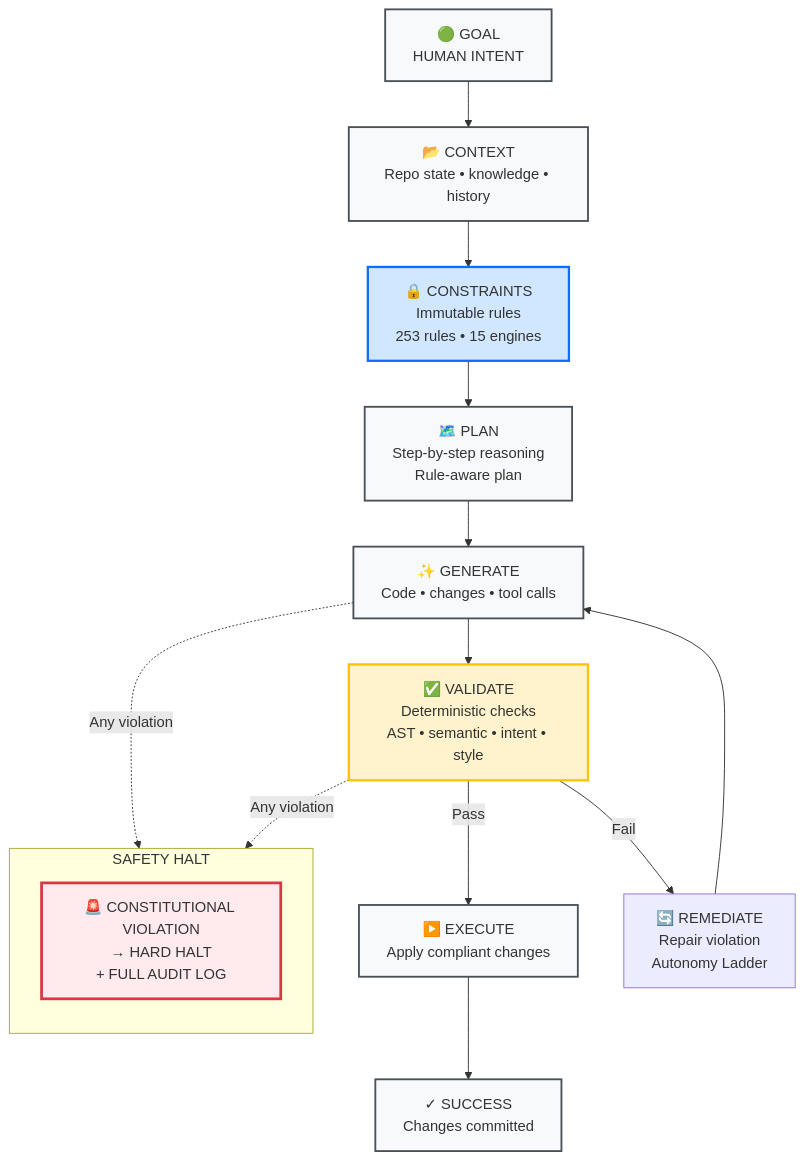
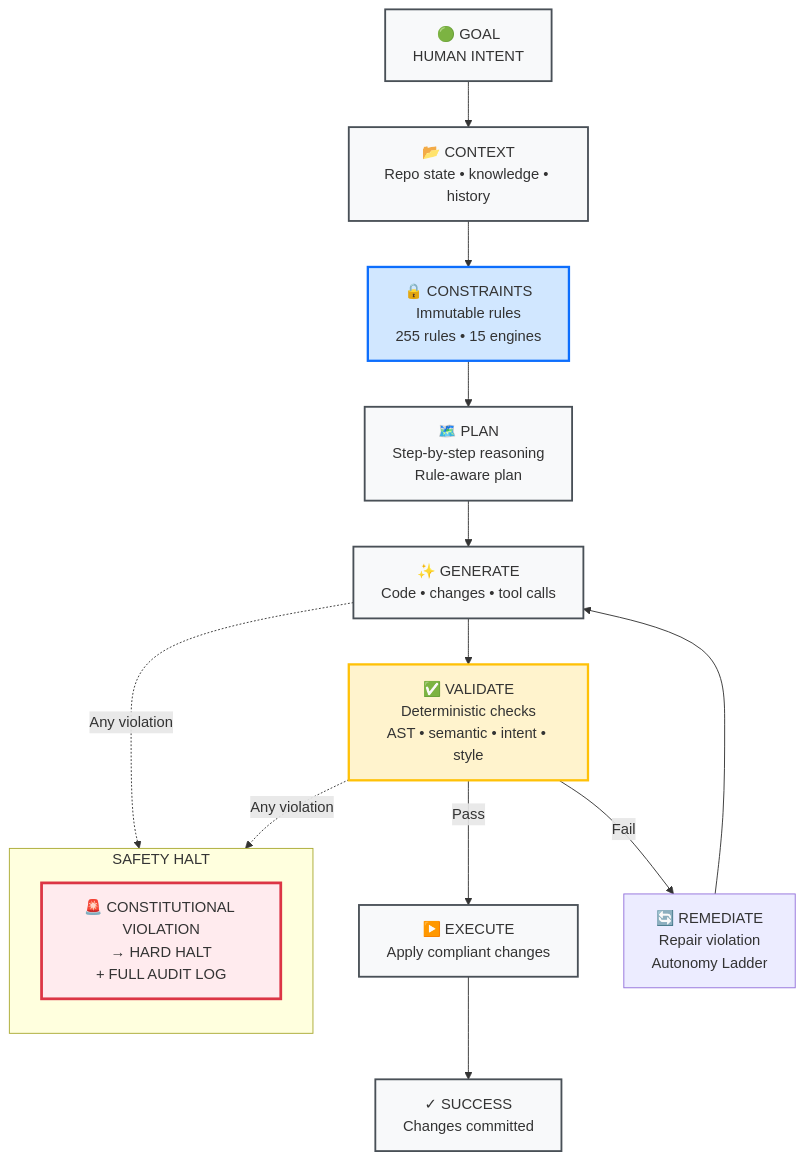
Before and after one commit to DariuszNewecki/CORE: the diagram in README.md, drawn with Mermaid. The commit also changed other lines of this file and 1 other file, not shown here.

Commit message:
docs(readme): rule count 253 → 255 — ADR-152 exemption_debt + ADR-148 D7 (#631)
CI's README-count-drift guard (scripts/check_readme_counts.sh) caught the
README/how-it-works.md rule counts falling behind two rules added this
session: governance.exemption_debt.declared (ADR-152) and
governance.consequence_evidence_degraded (ADR-148 D7). Re-derived from
source: 255 rules across 58 rule documents, all mapped.

````diff
--- a/README.md
+++ b/README.md
@@ -134,30 +134,30 @@
 ```mermaid
 flowchart TD
     A["🟢 GOAL\nHUMAN INTENT"] --> B["📂 CONTEXT\nRepo state • knowledge • history"]
-    B --> C["🔒 CONSTRAINTS\nImmutable rules\n253 rules • 15 engines"]
+    B --> C["🔒 CONSTRAINTS\nImmutable rules\n255 rules • 15 engines"]
     C --> D["🗺️ PLAN\nStep-by-step reasoning\nRule-aware plan"]
     D --> E["✨ GENERATE\nCode • changes • tool calls"]
     E --> F["✅ VALIDATE\nDeterministic checks\nAST • semantic • intent • style"]
     F -->|Pass| G["▶️ EXECUTE\nApply compliant changes"]
     F -->|Fail| H["🔄 REMEDIATE\nRepair violation\nAutonomy Ladder"]
     H --> E
     G --> I["✓ SUCCESS\nChanges committed"]
 
     subgraph "SAFETY HALT"
         direction TB
         J["🚨 CONSTITUTIONAL VIOLATION\n→ HARD HALT\n+ FULL AUDIT LOG"]
     end
 
     E -.->|Any violation| J
     F -.->|Any violation| J
 
     classDef phase      fill:#f8f9fa,stroke:#495057,stroke-width:2px
     classDef constraint fill:#d1e7ff,stroke:#0d6efd,stroke-width:2.5px
     classDef validate   fill:#fff3cd,stroke:#ffc107,stroke-width:2.5px
     classDef halt       fill:#ffebee,stroke:#dc3545,stroke-width:3px
 
     class A,B,D,E,G,I phase
     class C constraint
     class F validate
     class J halt
 ```
````
